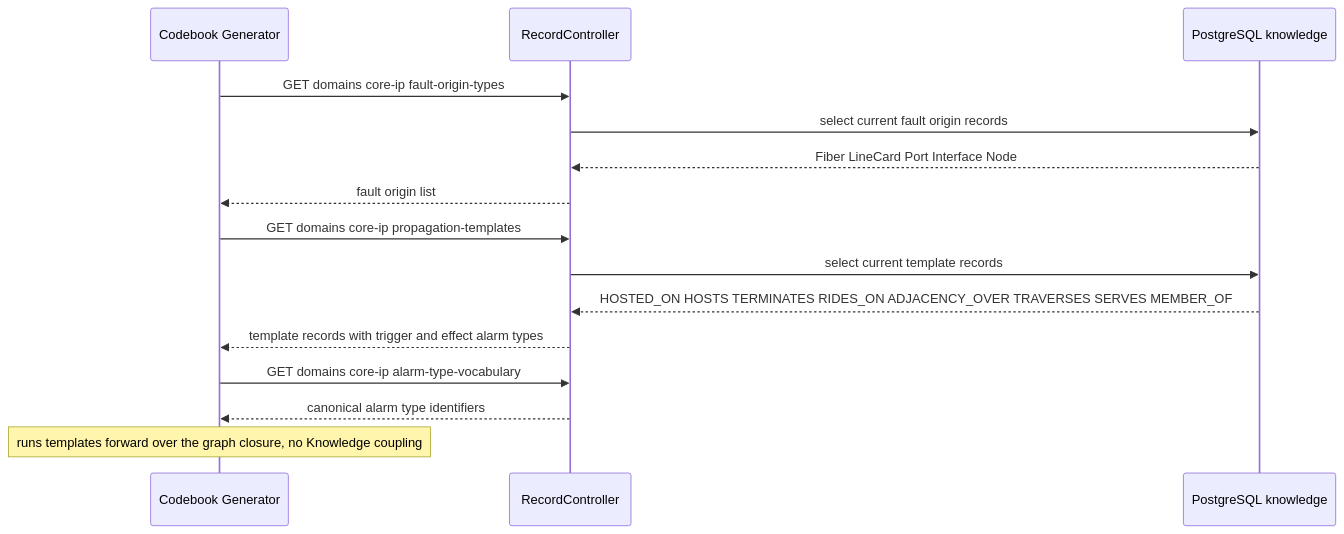
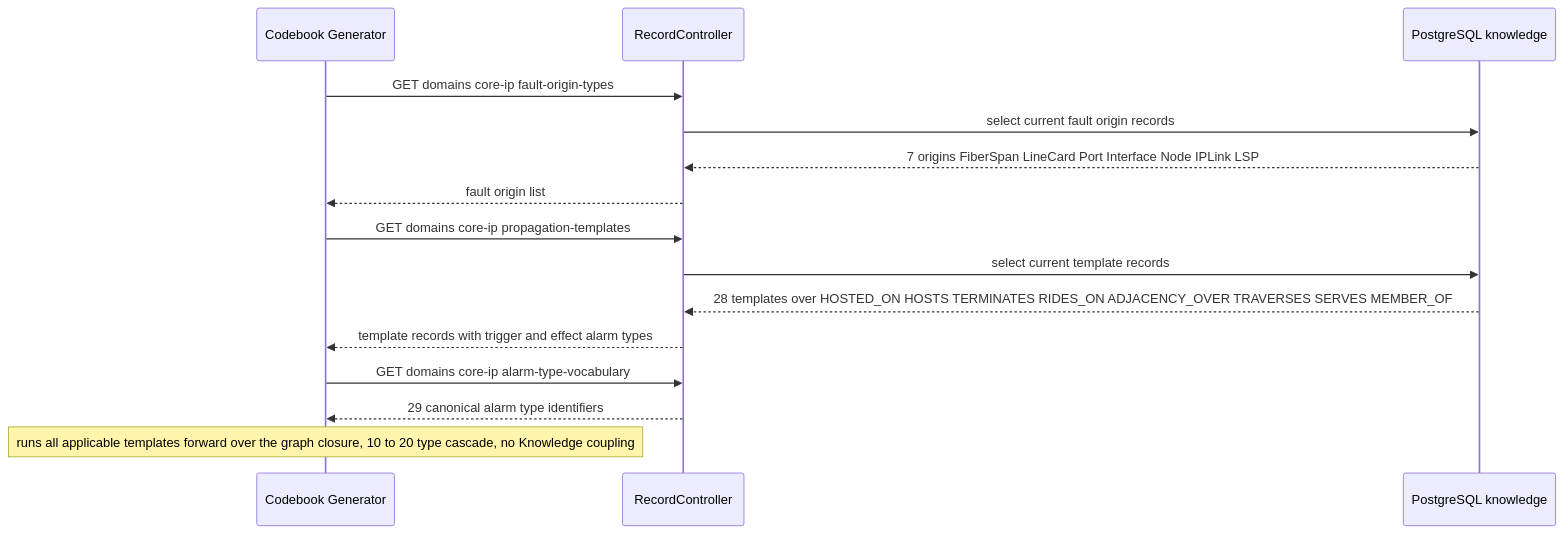
Before and after one commit to nikhilmohan/correlation-platform: the fourth of 6 diagrams in services/knowledge/design.md, drawn with Mermaid. The commit also changed other lines of this file and 1 other file, not shown here.

````diff
--- a/services/knowledge/design.md
+++ b/services/knowledge/design.md
@@ -818,17 +850,17 @@
 ```mermaid
 sequenceDiagram
   participant CG as Codebook Generator
   participant RC as RecordController
   participant DB as PostgreSQL knowledge
   CG->>RC: GET domains core-ip fault-origin-types
   RC->>DB: select current fault origin records
-  DB-->>RC: Fiber LineCard Port Interface Node
+  DB-->>RC: 7 origins FiberSpan LineCard Port Interface Node IPLink LSP
   RC-->>CG: fault origin list
   CG->>RC: GET domains core-ip propagation-templates
   RC->>DB: select current template records
-  DB-->>RC: HOSTED_ON HOSTS TERMINATES RIDES_ON ADJACENCY_OVER TRAVERSES SERVES MEMBER_OF
+  DB-->>RC: 28 templates over HOSTED_ON HOSTS TERMINATES RIDES_ON ADJACENCY_OVER TRAVERSES SERVES MEMBER_OF
   RC-->>CG: template records with trigger and effect alarm types
   CG->>RC: GET domains core-ip alarm-type-vocabulary
-  RC-->>CG: canonical alarm type identifiers
-  Note over CG: runs templates forward over the graph closure, no Knowledge coupling
+  RC-->>CG: 29 canonical alarm type identifiers
+  Note over CG: runs all applicable templates forward over the graph closure, 10 to 20 type cascade, no Knowledge coupling
 ```
````
